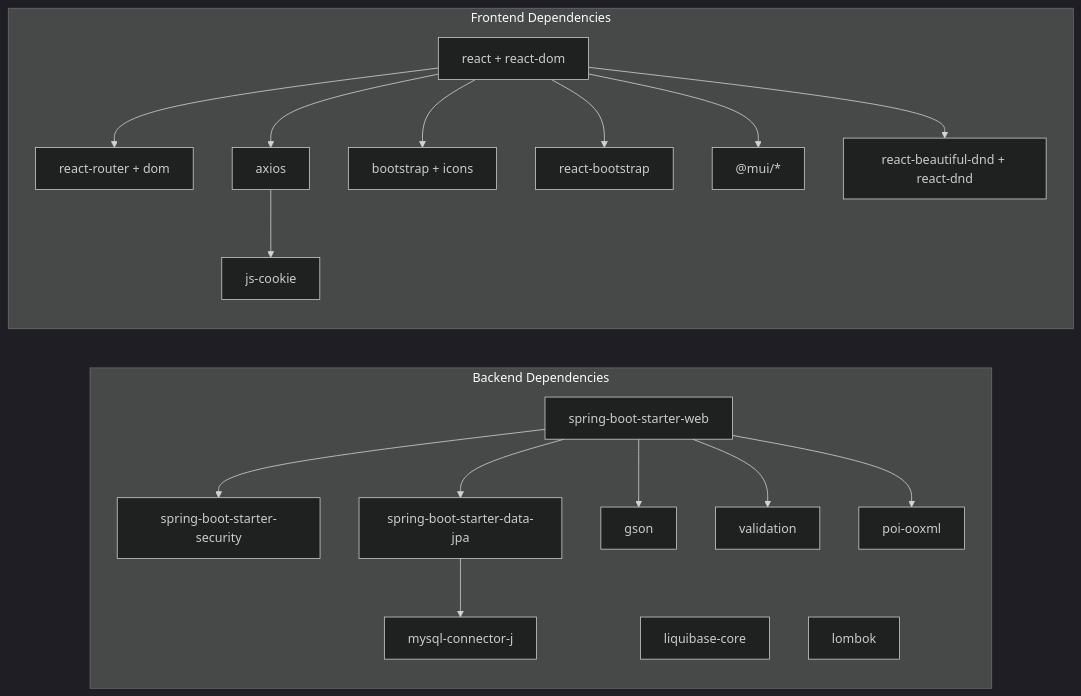
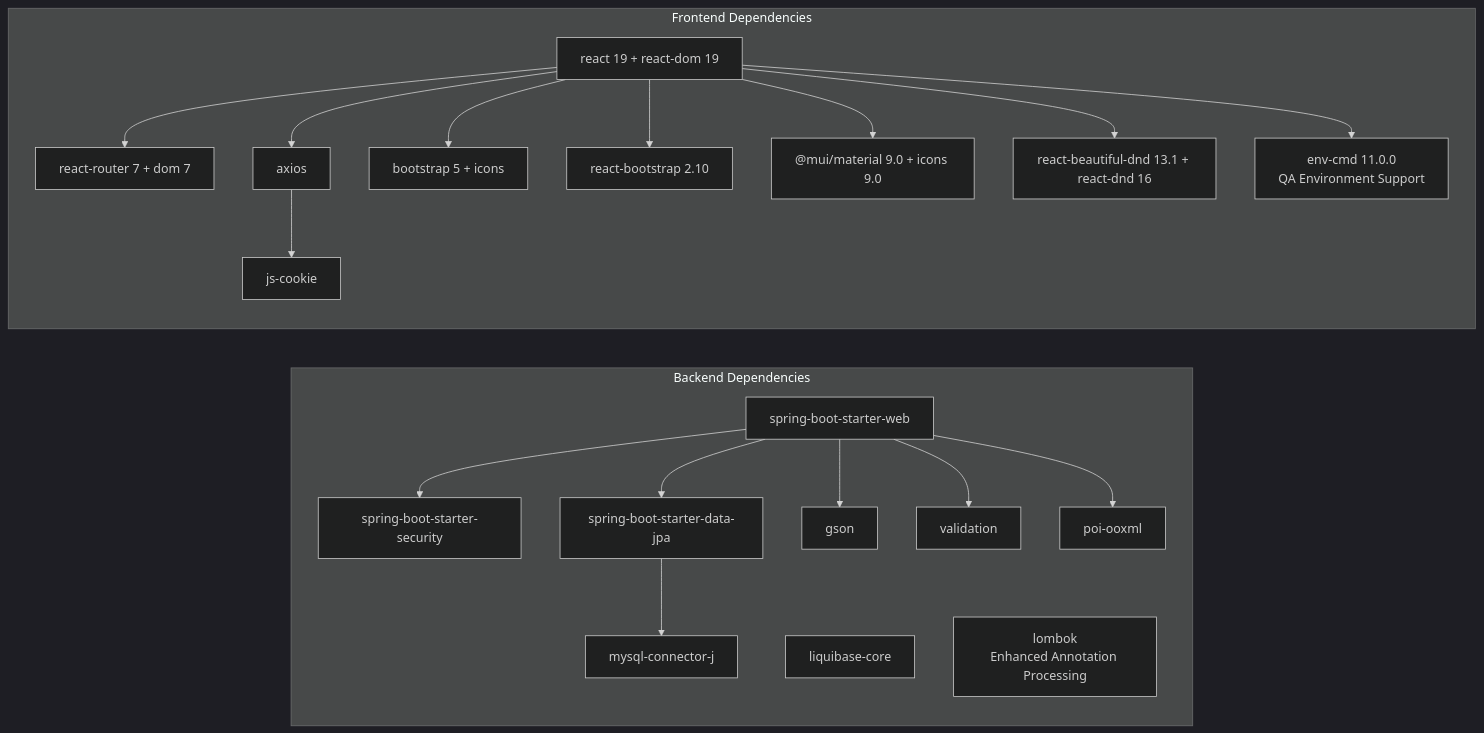
The eighth of 8 diagrams in .qoder/repowiki/en/content/Development Guidelines.md (Vissel/badminton-court-management), drawn with Mermaid (dark theme) before and after one commit. The commit also changed other lines of this file and 36 other files, not shown here.

````diff
--- a/.qoder/repowiki/en/content/Development Guidelines.md
+++ b/.qoder/repowiki/en/content/Development Guidelines.md
@@ -203,37 +276,39 @@
 ```mermaid
 graph LR
 subgraph "Backend Dependencies"
 W["spring-boot-starter-web"]
 S["spring-boot-starter-security"]
 J["spring-boot-starter-data-jpa"]
 L["liquibase-core"]
 M["mysql-connector-j"]
 G["gson"]
 V["validation"]
 P["poi-ooxml"]
-LB["lombok"]
+LB["lombok<br/>Enhanced Annotation Processing"]
 end
 subgraph "Frontend Dependencies"
-R["react + react-dom"]
-RR["react-router + dom"]
+R["react 19 + react-dom 19"]
+RR["react-router 7 + dom 7"]
 AX["axios"]
 JC["js-cookie"]
-BS["bootstrap + icons"]
-RB["react-bootstrap"]
-MU["@mui/*"]
-DnD["react-beautiful-dnd + react-dnd"]
+BS["bootstrap 5 + icons"]
+RB["react-bootstrap 2.10"]
+MU["@mui/material 9.0 + icons 9.0"]
+DnD["react-beautiful-dnd 13.1 + react-dnd 16"]
+ENV["env-cmd 11.0.0<br/>QA Environment Support"]
 end
 W --> S
 W --> J
 J --> M
 W --> G
 W --> V
 W --> P
 R --> RR
 R --> AX
 AX --> JC
 R --> BS
 R --> RB
 R --> MU
 R --> DnD
+R --> ENV
 ```
````
